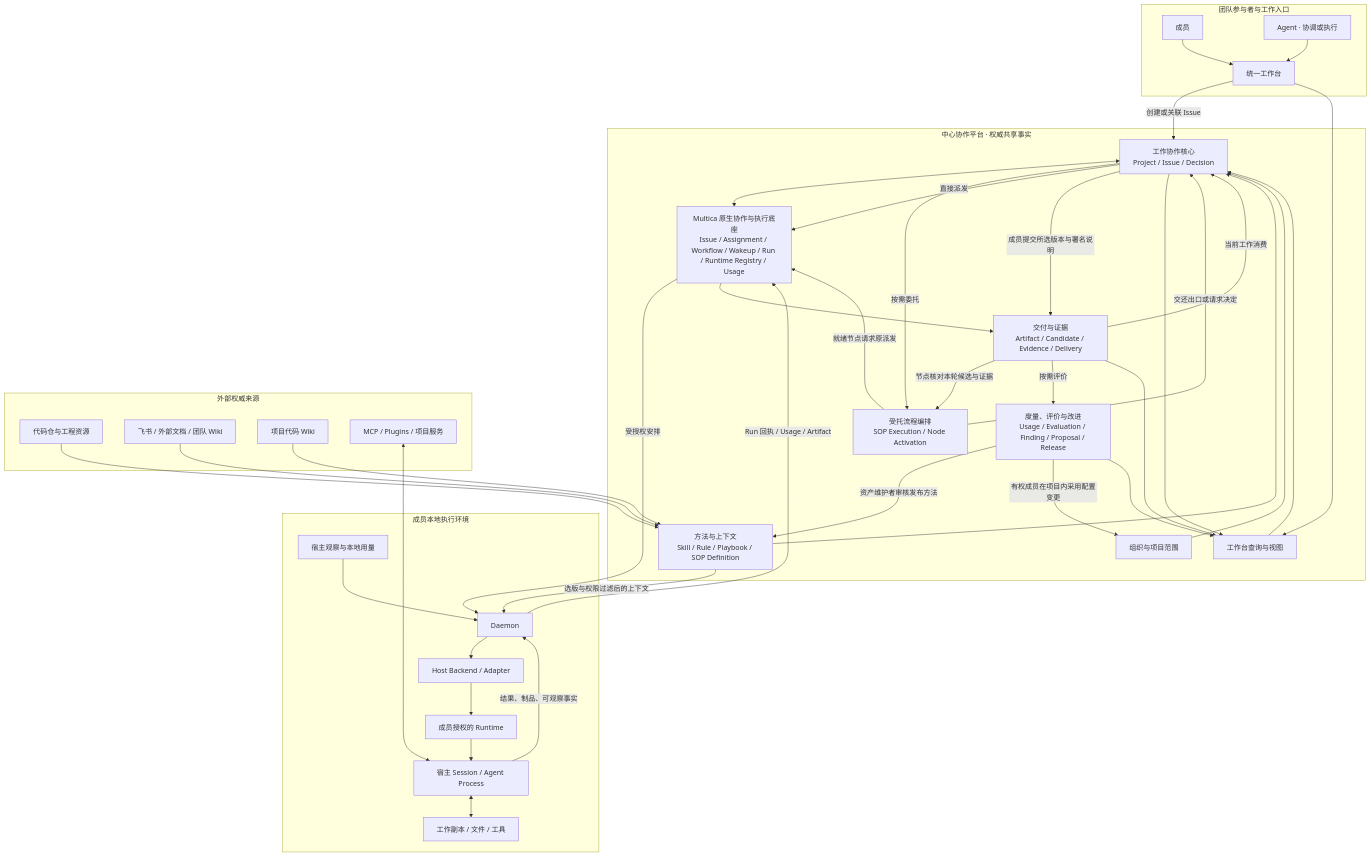
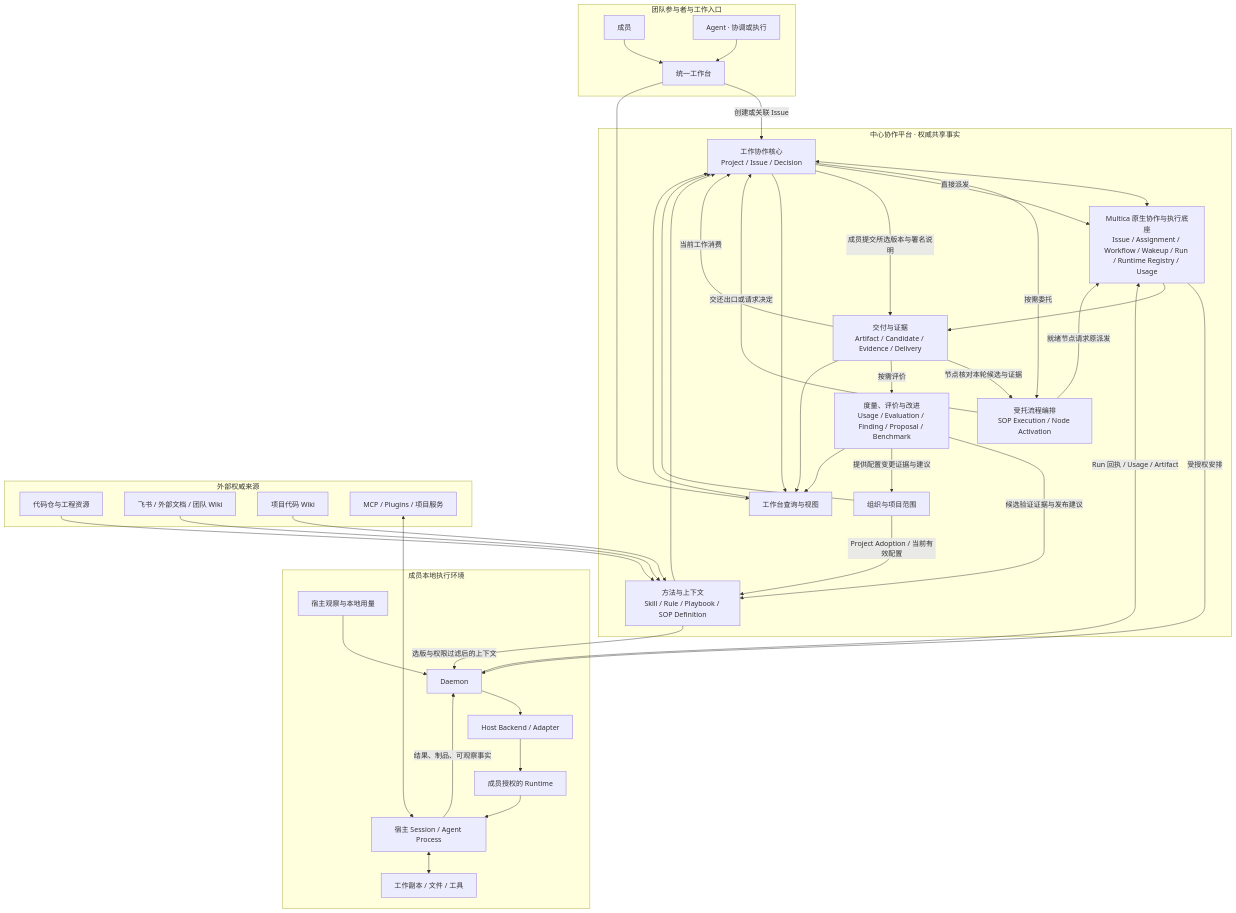
The first of 7 diagrams in docs/architecture/system-architecture.md (ScWen7/Issues), drawn with Mermaid before and after one commit. The commit also changed other lines of this file, not shown here.

Commit message:
design: align architecture module ownership for Release and Project Adoption

```diff
--- a/docs/architecture/system-architecture.md
+++ b/docs/architecture/system-architecture.md
@@ -19,65 +19,66 @@
 ~~~mermaid
 flowchart TB
   subgraph People["团队参与者与工作入口"]
     Member["成员"]
     Agent["Agent · 协调或执行"]
     UI["统一工作台"]
   end
   subgraph Center["中心协作平台 · 权威共享事实"]
     Org["组织与项目范围"]
     Work["工作协作核心<br/>Project / Issue / Decision"]
     Method["方法与上下文<br/>Skill / Rule / Playbook / SOP Definition"]
     Flow["受托流程编排<br/>SOP Execution / Node Activation"]
     Delivery["交付与证据<br/>Artifact / Candidate / Evidence / Delivery"]
-    Insight["度量、评价与改进<br/>Usage / Evaluation / Finding / Proposal / Release"]
+    Insight["度量、评价与改进<br/>Usage / Evaluation / Finding / Proposal / Benchmark"]
     Read["工作台查询与视图"]
     Multica["Multica 原生协作与执行底座<br/>Issue / Assignment / Workflow / Wakeup / Run / Runtime Registry / Usage"]
   end
   subgraph Local["成员本地执行环境"]
     Daemon["Daemon"]
     Adapter["Host Backend / Adapter"]
     Runtime["成员授权的 Runtime"]
     Session["宿主 Session / Agent Process"]
     Workspace["工作副本 / 文件 / 工具"]
     Observation["宿主观察与本地用量"]
   end
   subgraph Sources["外部权威来源"]
     Repo["代码仓与工程资源"]
     Docs["飞书 / 外部文档 / 团队 Wiki"]
     CodeWiki["项目代码 Wiki"]
     Tools["MCP / Plugins / 项目服务"]
   end
   Member --> UI
   Agent --> UI
   UI -->|"创建或关联 Issue"| Work
   UI --> Read
   Read --> Work
   Org --> Work
   Work <--> Multica
   Method --> Work
   Work -->|"按需委托"| Flow
   Flow -->|"就绪节点请求原派发"| Multica
   Work -->|"直接派发"| Multica
   Multica -->|"受授权安排"| Daemon
   Daemon --> Adapter --> Runtime --> Session
   Session <--> Workspace
   Tools <--> Session
   Repo --> Method
   Docs --> Method
   CodeWiki --> Method
   Method -->|"选版与权限过滤后的上下文"| Daemon
   Session -->|"结果、制品、可观察事实"| Daemon
   Observation --> Daemon
   Daemon -->|"Run 回执 / Usage / Artifact"| Multica
   Multica --> Delivery
   Work -->|"成员提交所选版本与署名说明"| Delivery
   Delivery -->|"节点核对本轮候选与证据"| Flow
   Flow -->|"交还出口或请求决定"| Work
   Delivery -->|"当前工作消费"| Work
   Delivery -->|"按需评价"| Insight
-  Insight -->|"资产维护者审核发布方法"| Method
-  Insight -->|"有权成员在项目内采用配置变更"| Org
+  Insight -->|"候选验证证据与发布建议"| Method
+  Insight -->|"提供配置变更证据与建议"| Org
+  Org -->|"Project Adoption / 当前有效配置"| Method
   Insight --> Read
   Delivery --> Read
   Work --> Read
 ~~~
```
